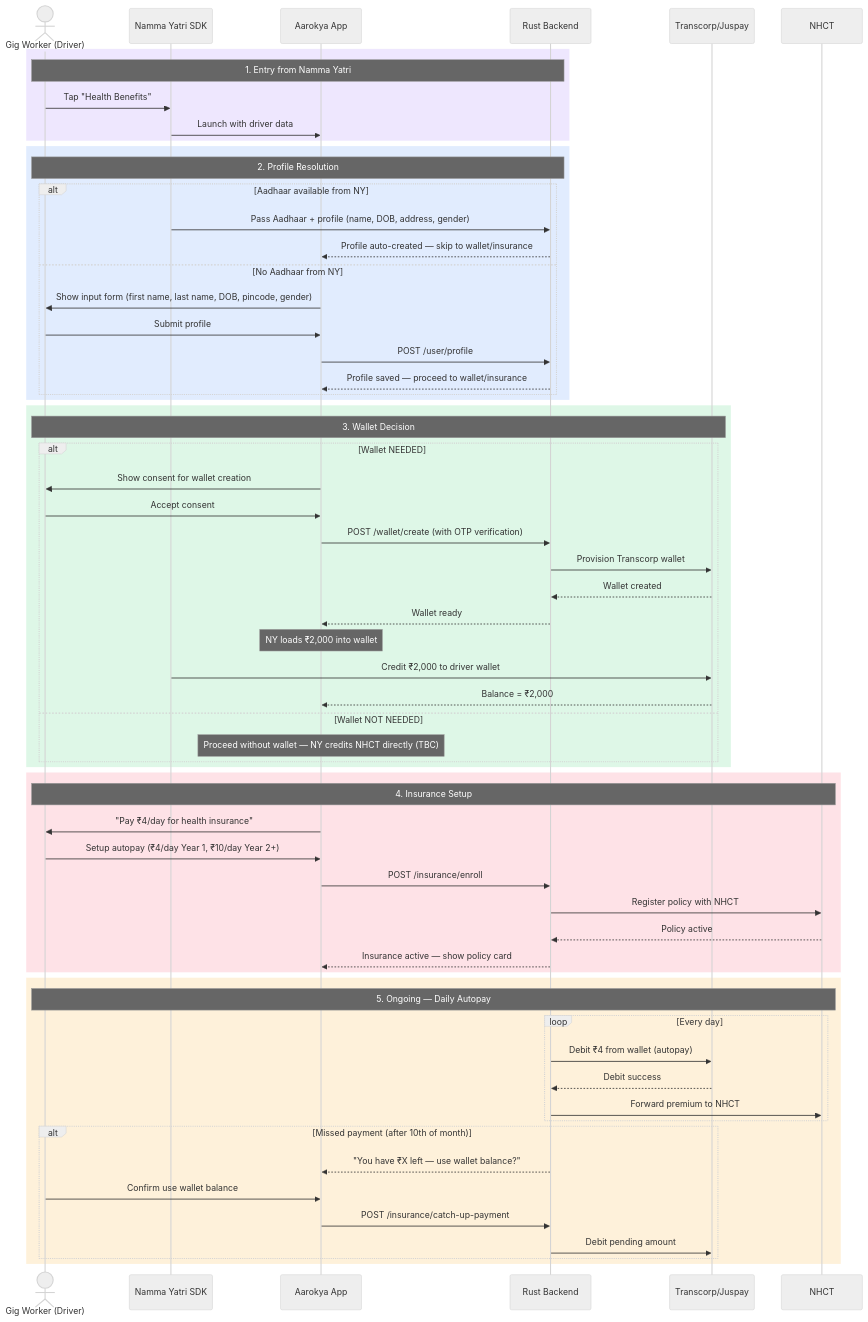
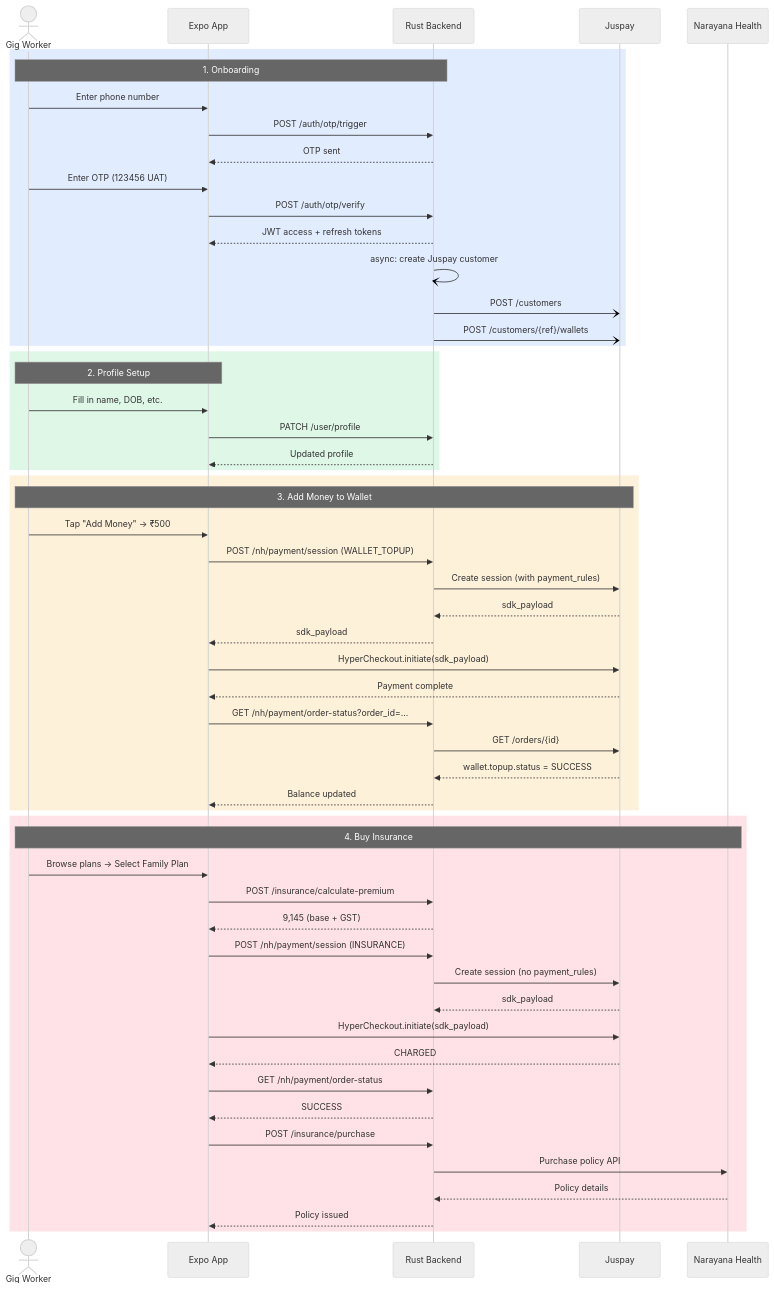
One commit to anu19981/aarokya-backend changed the second of 3 diagrams in api-reference/architecture/system-overview.mdx. Above: the diagram before and after it, drawn with Mermaid (neutral theme). The commit also changed other lines of this file and 4 other files, not shown here.

Commit message:
sync: update api-reference from aarokya-agentic-app

````diff
--- a/api-reference/architecture/system-overview.mdx
+++ b/api-reference/architecture/system-overview.mdx
@@ -93,70 +100,61 @@
 ```mermaid
 sequenceDiagram
-    actor U as Gig Worker (Driver)
-    participant NY as Namma Yatri SDK
-    participant App as Aarokya App
+    actor U as Gig Worker
+    participant App as Expo App
     participant API as Rust Backend
-    participant TC as Transcorp/Juspay
-    participant NHCT as NHCT
-
-    rect rgba(139, 92, 246, 0.15)
-        Note over U,API: 1. Entry from Namma Yatri
-        U->>NY: Tap "Health Benefits"
-        NY->>App: Launch with driver data
-    end
+    participant JP as Juspay
+    participant NH as Narayana Health
 
     rect rgba(59, 130, 246, 0.15)
-        Note over U,API: 2. Profile Resolution
-        alt Aadhaar available from NY
-            NY->>API: Pass Aadhaar + profile (name, DOB, address, gender)
-            API-->>App: Profile auto-created — skip to wallet/insurance
-        else No Aadhaar from NY
-            App->>U: Show input form (first name, last name, DOB, pincode, gender)
-            U->>App: Submit profile
-            App->>API: POST /user/profile
-            API-->>App: Profile saved — proceed to wallet/insurance
-        end
+        Note over U,API: 1. Onboarding
+        U->>App: Enter phone number
+        App->>API: POST /auth/otp/trigger
+        API-->>App: OTP sent
+        U->>App: Enter OTP (123456 UAT)
+        App->>API: POST /auth/otp/verify
+        API-->>App: JWT access + refresh tokens
+        API-)API: async: create Juspay customer
+        API-)JP: POST /customers
+        API-)JP: POST /customers/{ref}/wallets
     end
 
     rect rgba(34, 197, 94, 0.15)
-        Note over U,TC: 3. Wallet Decision
-        alt Wallet NEEDED
-            App->>U: Show consent for wallet creation
-            U->>App: Accept consent
-            App->>API: POST /wallet/create (with OTP verification)
-            API->>TC: Provision Transcorp wallet
-            TC-->>API: Wallet created
-            API-->>App: Wallet ready
-            Note over App: NY loads ₹2,000 into wallet
-            NY->>TC: Credit ₹2,000 to driver wallet
-            TC-->>App: Balance = ₹2,000
-        else Wallet NOT NEEDED
-            Note over App: Proceed without wallet — NY credits NHCT directly (TBC)
-        end
+        Note over U,App: 2. Profile Setup
+        U->>App: Fill in name, DOB, etc.
+        App->>API: PATCH /user/profile
+        API-->>App: Updated profile
+    end
+
+    rect rgba(245, 158, 11, 0.15)
+        Note over U,JP: 3. Add Money to Wallet
+        U->>App: Tap "Add Money" → ₹500
+        App->>API: POST /nh/payment/session (WALLET_TOPUP)
+        API->>JP: Create session (with payment_rules)
+        JP-->>API: sdk_payload
+        API-->>App: sdk_payload
+        App->>JP: HyperCheckout.initiate(sdk_payload)
+        JP-->>App: Payment complete
+        App->>API: GET /nh/payment/order-status?order_id=...
+        API->>JP: GET /orders/{id}
+        JP-->>API: wallet.topup.status = SUCCESS
+        API-->>App: Balance updated
     end
 
     rect rgba(244, 63, 94, 0.15)
-        Note over U,NHCT: 4. Insurance Setup
-        App->>U: "Pay ₹4/day for health insurance"
-        U->>App: Setup autopay (₹4/day Year 1, ₹10/day Year 2+)
-        App->>API: POST /insurance/enroll
-        API->>NHCT: Register policy with NHCT
-        NHCT-->>API: Policy active
-        API-->>App: Insurance active — show policy card
-    end
-
-    rect rgba(245, 158, 11, 0.15)
-        Note over U,NHCT: 5. Ongoing — Daily Autopay
-        loop Every day
-            API->>TC: Debit ₹4 from wallet (autopay)
-            TC-->>API: Debit success
-            API->>NHCT: Forward premium to NHCT
-        end
-        alt Missed payment (after 10th of month)
-            API-->>App: "You have ₹X left — use wallet balance?"
-            U->>App: Confirm use wallet balance
-            App->>API: POST /insurance/catch-up-payment
-            API->>TC: Debit pending amount
-        end
+        Note over U,NH: 4. Buy Insurance
+        U->>App: Browse plans → Select Family Plan
+        App->>API: POST /insurance/calculate-premium
+        API-->>App: 9,145 (base + GST)
+        App->>API: POST /nh/payment/session (INSURANCE)
+        API->>JP: Create session (no payment_rules)
+        JP-->>API: sdk_payload
+        App->>JP: HyperCheckout.initiate(sdk_payload)
+        JP-->>App: CHARGED
+        App->>API: GET /nh/payment/order-status
+        API-->>App: SUCCESS
+        App->>API: POST /insurance/purchase
+        API->>NH: Purchase policy API
+        NH-->>API: Policy details
+        API-->>App: Policy issued
     end
 ```
````
